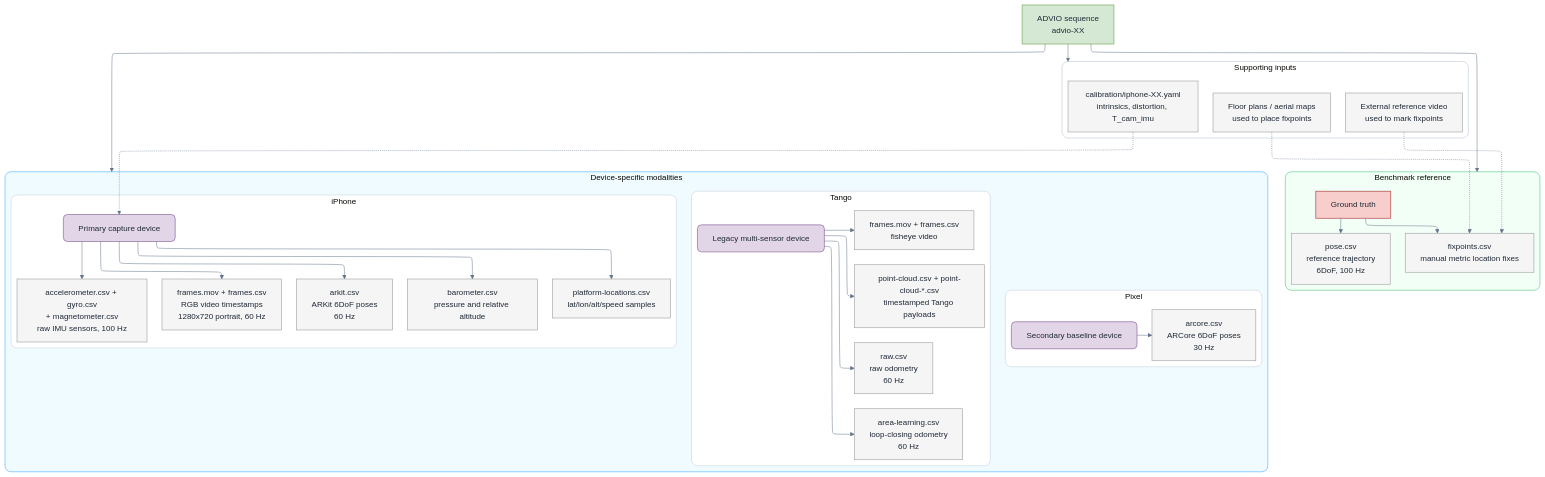
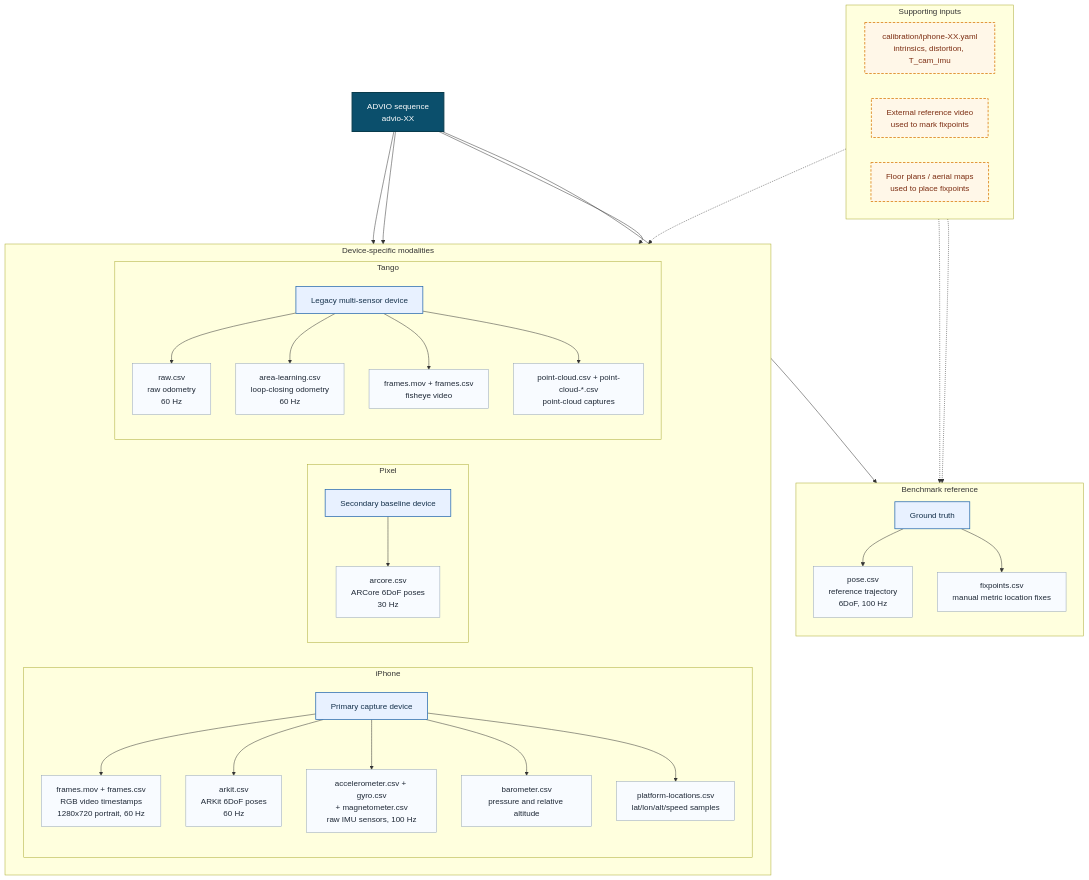
The diagram in docs/figures/mermaid/advio-modalities-overview.mmd (JanDuchscherer104/prml-vslam), drawn with Mermaid before and after one commit. The commit also changed 29 other files, not shown here.

```diff
--- a/docs/figures/mermaid/advio-modalities-overview.mmd
+++ b/docs/figures/mermaid/advio-modalities-overview.mmd
@@ -1,103 +1,90 @@
----
-config:
-  theme: base
-  htmlLabels: true
-  flowchart:
-    htmlLabels: true
-    nodeSpacing: 22
-    rankSpacing: 36
-    curve: basis
-  layout: elk
-  themeVariables:
-    background: "#ffffff"
-    fontFamily: "Inter, DejaVu Sans, Arial, sans-serif"
-    fontSize: "16px"
-    primaryTextColor: "#1f2937"
-    lineColor: "#64748b"
-  themeCSS: |
-    .nodeLabel { font-size: 16px; }
-    .edgeLabel { font-size: 14px; }
-    .cluster-label { font-size: 16px; font-weight: 700; }
----
 flowchart TB
   A["ADVIO sequence<br/>advio-XX"]
 
   subgraph REF["Benchmark reference"]
-    direction LR
+    direction TB
     GT["Ground truth"]
     GTP["pose.csv<br/>reference trajectory<br/>6DoF, 100 Hz"]
     GTF["fixpoints.csv<br/>manual metric location fixes"]
     GT --> GTP
     GT --> GTF
   end
 
   subgraph DEV["Device-specific modalities"]
-    direction TB
+    direction LR
 
     subgraph IPG["iPhone"]
-      direction LR
+      direction TB
       IP["Primary capture device"]
       IPV["frames.mov + frames.csv<br/>RGB video timestamps<br/>1280x720 portrait, 60 Hz"]
       IPA["arkit.csv<br/>ARKit 6DoF poses<br/>60 Hz"]
       IPIMU["accelerometer.csv + gyro.csv<br/>+ magnetometer.csv<br/>raw IMU sensors, 100 Hz"]
       IPB["barometer.csv<br/>pressure and relative altitude"]
       IPL["platform-locations.csv<br/>lat/lon/alt/speed samples"]
       IP --> IPV
       IP --> IPA
       IP --> IPIMU
       IP --> IPB
       IP --> IPL
     end
 
     subgraph PXG["Pixel"]
-      direction LR
+      direction TB
       PX["Secondary baseline device"]
       PXA["arcore.csv<br/>ARCore 6DoF poses<br/>30 Hz"]
       PX --> PXA
     end
 
     subgraph TGG["Tango"]
-      direction LR
+      direction TB
       TG["Legacy multi-sensor device"]
       TGR["raw.csv<br/>raw odometry<br/>60 Hz"]
       TGA["area-learning.csv<br/>loop-closing odometry<br/>60 Hz"]
       TGV["frames.mov + frames.csv<br/>fisheye video"]
-      TGP["point-cloud.csv + point-cloud-*.csv<br/>timestamped Tango payloads"]
+      TGP["point-cloud.csv + point-cloud-*.csv<br/>point-cloud captures"]
       TG --> TGR
       TG --> TGA
       TG --> TGV
       TG --> TGP
     end
   end
 
   subgraph AUX["Supporting inputs"]
     direction LR
     CAL["calibration/iphone-XX.yaml<br/>intrinsics, distortion, T_cam_imu"]
     RV["External reference video<br/>used to mark fixpoints"]
     FP["Floor plans / aerial maps<br/>used to place fixpoints"]
   end
 
-  A --> REF
-  A --> DEV
-  A --> AUX
+  A --> GT
+  A --> IP
+  A --> PX
+  A --> TG
 
   CAL -.-> IP
   RV -.-> GTF
   FP -.-> GTF
 
-  classDef input fill:#D5E8D4,stroke:#82B366,stroke-width:1.5px,rx:0,ry:0;
-  classDef output fill:#F8CECC,stroke:#B85450,stroke-width:1.5px,rx:0,ry:0;
-  classDef compute fill:#E1D5E7,stroke:#9673A6,stroke-width:1.5px,rx:8,ry:8;
-  classDef data fill:#F5F5F5,stroke:#9E9E9E,stroke-width:1.2px,rx:0,ry:0;
+  style A fill:#0b4f6c,stroke:#083b4c,color:#ffffff,stroke-width:2px
 
-  class A input;
-  class GT output;
-  class IP,PX,TG compute;
-  class GTP,GTF,IPV,IPA,IPIMU,IPB,IPL,PXA,TGR,TGA,TGV,TGP,CAL,RV,FP data;
+  style GT fill:#e8f1ff,stroke:#2b6cb0,color:#15314b,stroke-width:1.5px
+  style IP fill:#e8f1ff,stroke:#2b6cb0,color:#15314b,stroke-width:1.5px
+  style PX fill:#e8f1ff,stroke:#2b6cb0,color:#15314b,stroke-width:1.5px
+  style TG fill:#e8f1ff,stroke:#2b6cb0,color:#15314b,stroke-width:1.5px
 
-  style REF fill:#f1fff6,stroke:#97ddb5,stroke-width:2px,rx:12,ry:12
-  style DEV fill:#f0fbff,stroke:#8fd0ff,stroke-width:2px,rx:12,ry:12
-  style AUX fill:#ffffff,stroke:#cbd5e1,stroke-width:1.5px,rx:12,ry:12
-  style IPG fill:#ffffff,stroke:#cbd5e1,stroke-width:1.2px,rx:12,ry:12
-  style PXG fill:#ffffff,stroke:#cbd5e1,stroke-width:1.2px,rx:12,ry:12
-  style TGG fill:#ffffff,stroke:#cbd5e1,stroke-width:1.2px,rx:12,ry:12
+  style GTP fill:#f8fbff,stroke:#94a3b8,color:#1f2937
+  style GTF fill:#f8fbff,stroke:#94a3b8,color:#1f2937
+  style IPV fill:#f8fbff,stroke:#94a3b8,color:#1f2937
+  style IPA fill:#f8fbff,stroke:#94a3b8,color:#1f2937
+  style IPIMU fill:#f8fbff,stroke:#94a3b8,color:#1f2937
+  style IPB fill:#f8fbff,stroke:#94a3b8,color:#1f2937
+  style IPL fill:#f8fbff,stroke:#94a3b8,color:#1f2937
+  style PXA fill:#f8fbff,stroke:#94a3b8,color:#1f2937
+  style TGR fill:#f8fbff,stroke:#94a3b8,color:#1f2937
+  style TGA fill:#f8fbff,stroke:#94a3b8,color:#1f2937
+  style TGV fill:#f8fbff,stroke:#94a3b8,color:#1f2937
+  style TGP fill:#f8fbff,stroke:#94a3b8,color:#1f2937
+
+  style CAL fill:#fff7e8,stroke:#d97706,color:#7c2d12,stroke-width:1.5px,stroke-dasharray:5 3
+  style RV fill:#fff7e8,stroke:#d97706,color:#7c2d12,stroke-width:1.5px,stroke-dasharray:5 3
+  style FP fill:#fff7e8,stroke:#d97706,color:#7c2d12,stroke-width:1.5px,stroke-dasharray:5 3
```
